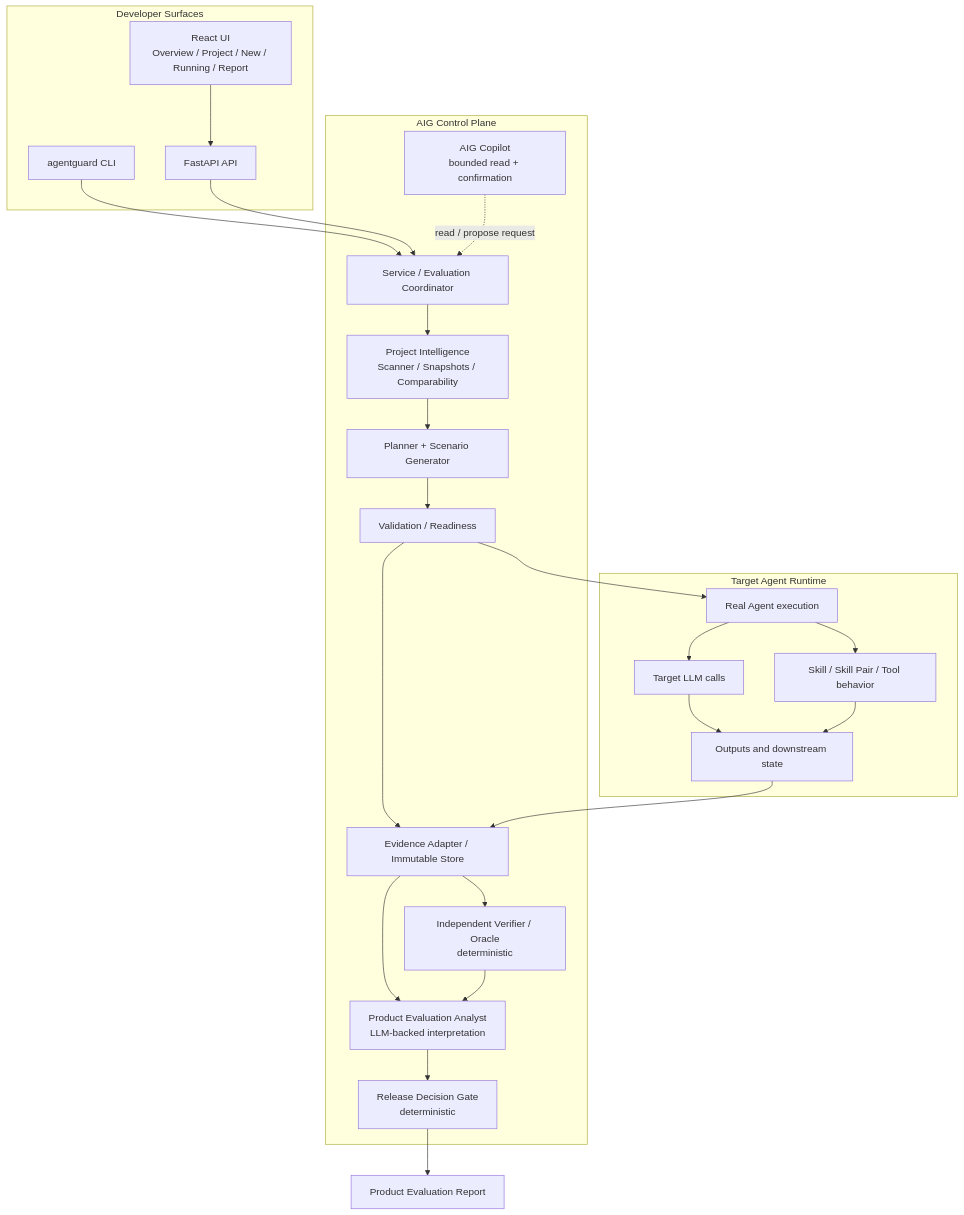
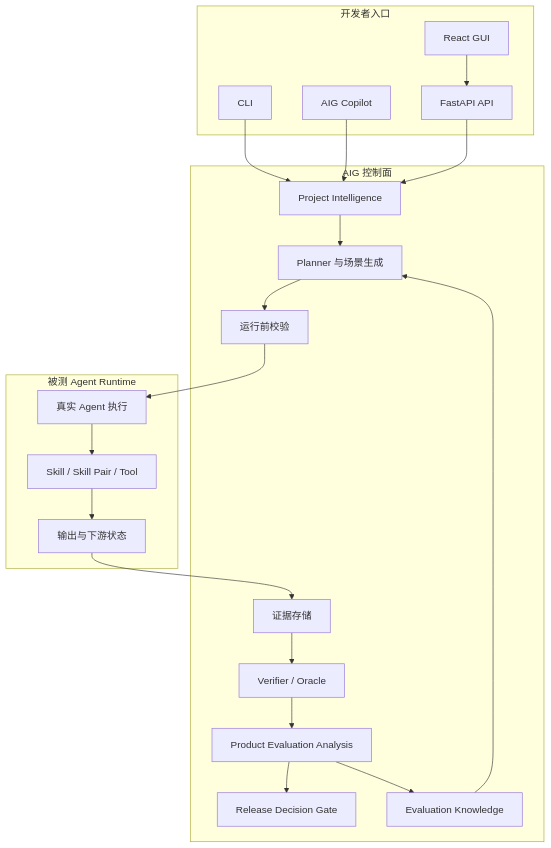
Before and after one commit to kkk17kkk/Agent-Iteration-Guard: the second of 2 diagrams in README.md, drawn with Mermaid. The commit also changed other lines of this file, not shown here.

````diff
--- a/README.md
+++ b/README.md
@@ -97,44 +67,36 @@
 ```mermaid
 flowchart TB
-    subgraph SURFACE["Developer Surfaces"]
-        UI["React UI\nOverview / Project / New / Running / Report"]
+    subgraph SURFACE["开发者入口"]
+        UI["React GUI"]
         API["FastAPI API"]
-        CLI["agentguard CLI"]
+        CLI["CLI"]
+        COP["AIG Copilot"]
+    end
+
+    subgraph CONTROL["AIG 控制面"]
+        PI["Project Intelligence"]
+        PLAN["Planner 与场景生成"]
+        READY["运行前校验"]
+        EVID["证据存储"]
+        ORACLE["Verifier / Oracle"]
+        ANALYSIS["Product Evaluation Analysis"]
+        GATE["Release Decision Gate"]
+        MEMORY["Evaluation Knowledge"]
+    end
+
+    subgraph TARGET["被测 Agent Runtime"]
+        RUN["真实 Agent 执行"]
+        CAP["Skill / Skill Pair / Tool"]
+        OUT["输出与下游状态"]
     end
 
     UI --> API
-    CLI --> CP
-    API --> CP
-
-    subgraph CONTROL["AIG Control Plane"]
-        CP["Service / Evaluation Coordinator"]
-        PI2["Project Intelligence\nScanner / Snapshots / Comparability"]
-        PLAN["Planner + Scenario Generator"]
-        READY["Validation / Readiness"]
-        EVID["Evidence Adapter / Immutable Store"]
-        VER["Independent Verifier / Oracle\ndeterministic"]
-        ANA["Product Evaluation Analyst\nLLM-backed interpretation"]
-        GATE["Release Decision Gate\ndeterministic"]
-        COP["AIG Copilot\nbounded read + confirmation"]
-        CP --> PI2 --> PLAN --> READY
-        READY --> EVID
-        EVID --> VER
-        EVID --> ANA
-        VER --> ANA --> GATE
-        COP -. "read / propose request" .-> CP
-    end
-
-    READY --> RUN
-    subgraph TARGET["Target Agent Runtime"]
-        RUN["Real Agent execution"]
-        LLM["Target LLM calls"]
-        SK["Skill / Skill Pair / Tool behavior"]
-        OUT["Outputs and downstream state"]
-        RUN --> LLM
-        RUN --> SK
-        LLM --> OUT
-        SK --> OUT
-    end
-    OUT --> EVID
-    GATE --> REPORT["Product Evaluation Report"]
+    CLI --> PI
+    COP --> PI
+    API --> PI
+    PI --> PLAN --> READY --> RUN
+    RUN --> CAP --> OUT --> EVID
+    EVID --> ORACLE --> ANALYSIS --> GATE
+    ANALYSIS --> MEMORY
+    MEMORY --> PLAN
 ```
````
